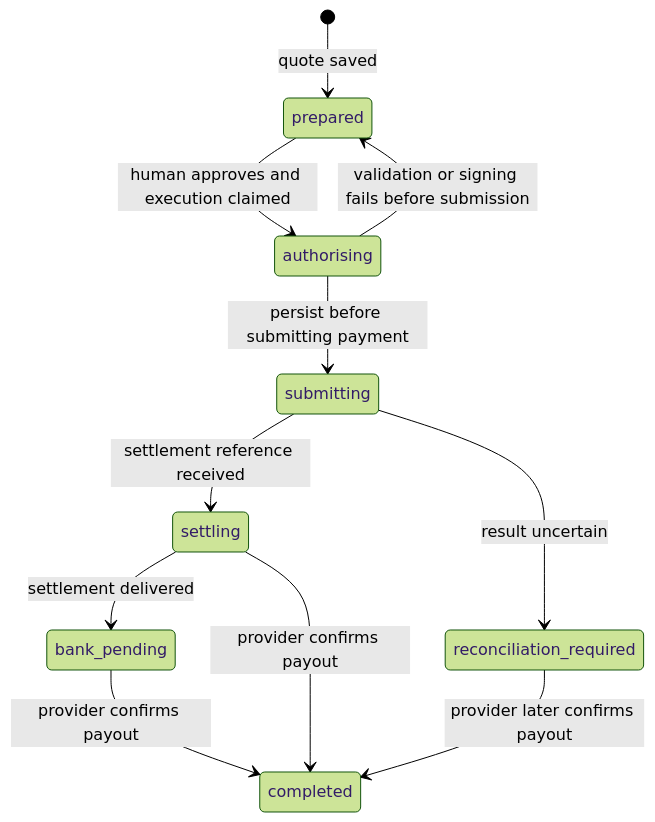
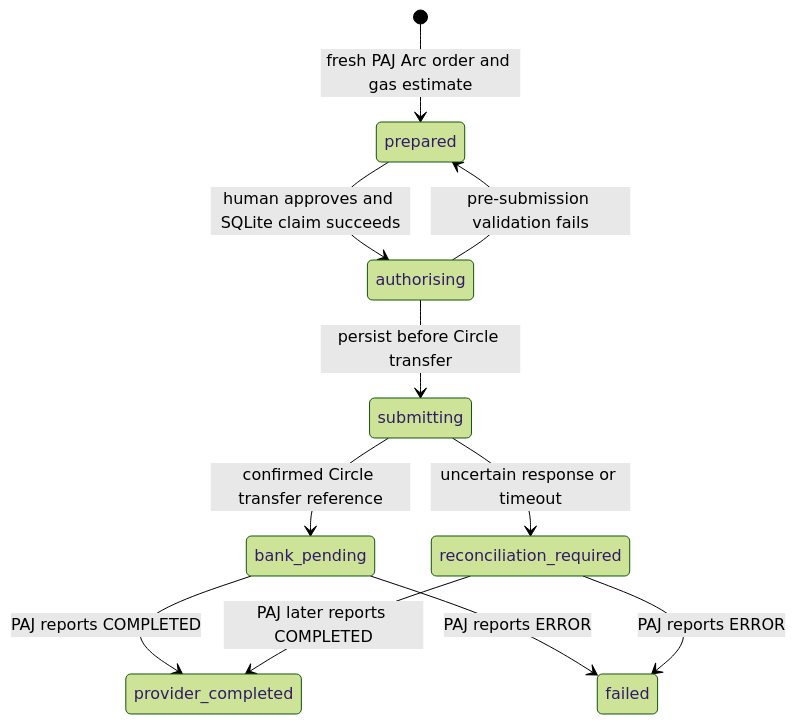
The diagram in docs/usage.md (Adeyemir/agent-fiat-mcp), drawn with Mermaid (forest theme) before and after one commit. The commit also changed other lines of this file and 23 other files, not shown here.

Commit message:
Integrate PAJ v2 direct Arc orders and approved Circle transfers

````diff
--- a/docs/usage.md
+++ b/docs/usage.md
@@ -65,13 +62,13 @@
 ```mermaid
 stateDiagram-v2
-    [*] --> prepared: quote saved
-    prepared --> authorising: human approves and execution claimed
-    authorising --> prepared: validation or signing fails before submission
-    authorising --> submitting: persist before submitting payment
-    submitting --> settling: settlement reference received
-    submitting --> reconciliation_required: result uncertain
-    settling --> bank_pending: settlement delivered
-    bank_pending --> completed: provider confirms payout
-    settling --> completed: provider confirms payout
-    reconciliation_required --> completed: provider later confirms payout
+    [*] --> prepared: fresh PAJ Arc order and gas estimate
+    prepared --> authorising: human approves and SQLite claim succeeds
+    authorising --> prepared: pre-submission validation fails
+    authorising --> submitting: persist before Circle transfer
+    submitting --> bank_pending: confirmed Circle transfer reference
+    submitting --> reconciliation_required: uncertain response or timeout
+    bank_pending --> provider_completed: PAJ reports COMPLETED
+    bank_pending --> failed: PAJ reports ERROR
+    reconciliation_required --> provider_completed: PAJ later reports COMPLETED
+    reconciliation_required --> failed: PAJ reports ERROR
 ```
````
